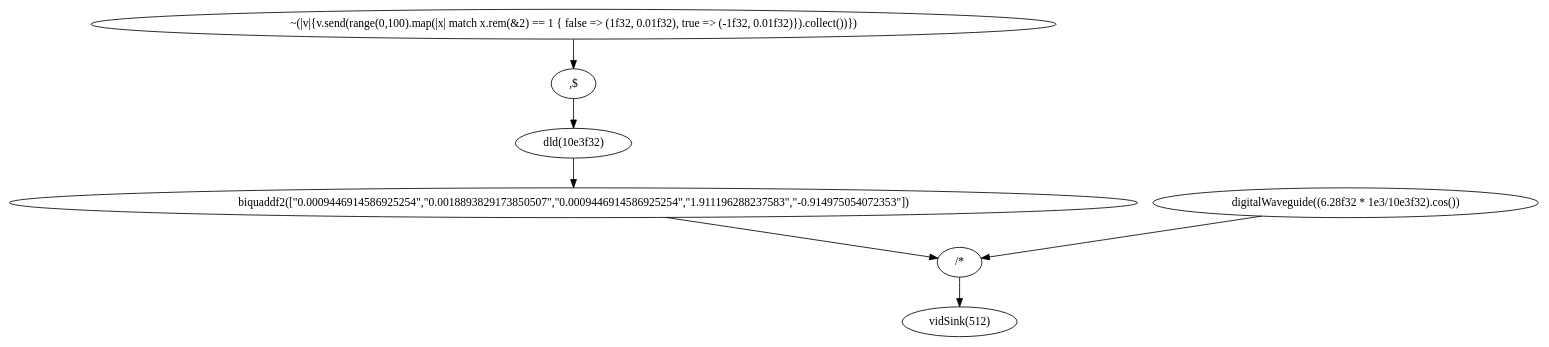
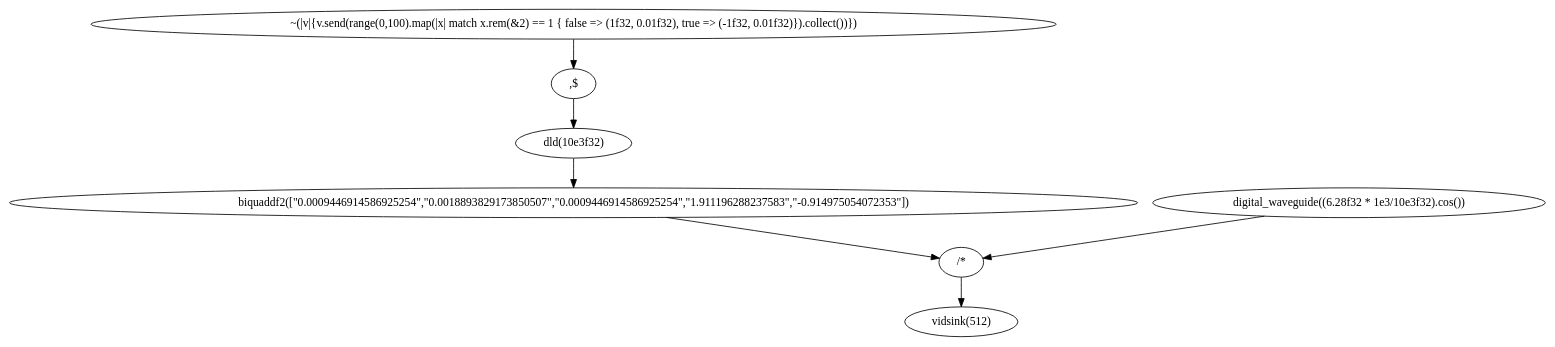
One commit to itdaniher/ratpak changed the diagram in dots/foo.dot. Above: the diagram before and after it, drawn with Graphviz. The commit also changed 4 other files, not shown here.

```diff
--- a/dots/foo.dot
+++ b/dots/foo.dot
@@ -1,15 +1,15 @@
 digraph foo {
     N040001[label="~(|v|{v.send(range(0,100).map(|x| match x.rem(&2) == 1 { false => (1f32, 0.01f32), true => (-1f32, 0.01f32)}).collect())})"];
-    N040002[label="digitalWaveguide((6.28f32 * 1e3/10e3f32).cos())"];
+    N040002[label="digital_waveguide((6.28f32 * 1e3/10e3f32).cos())"];
     N041001[label=",$"];
     N042001[label="dld(10e3f32)"];
     N043001[label="biquaddf2([\"0.0009446914586925254\",\"0.0018893829173850507\",\"0.0009446914586925254\",\"1.911196288237583\",\"-0.914975054072353\"])"];
     N044001[label="/*"];
-    N045001[label="vidSink(512)"];
+    N045001[label="vidsink(512)"];
     N040001 -> N041001[label=""];
     N040002 -> N044001[label=""];
     N041001 -> N042001[label=""];
     N042001 -> N043001[label=""];
     N043001 -> N044001[label=""];
     N044001 -> N045001[label=""];
 }
```
